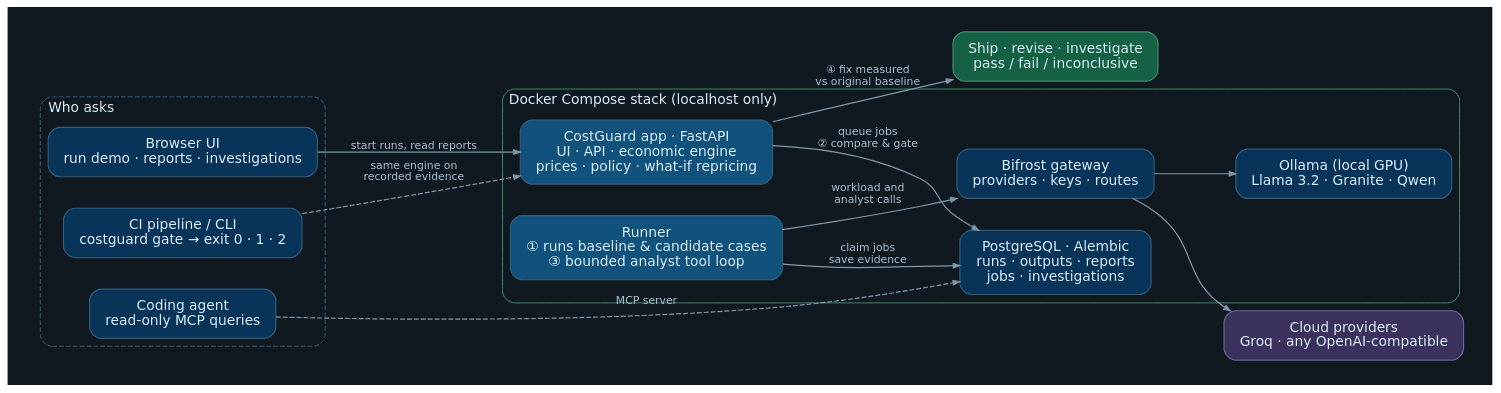
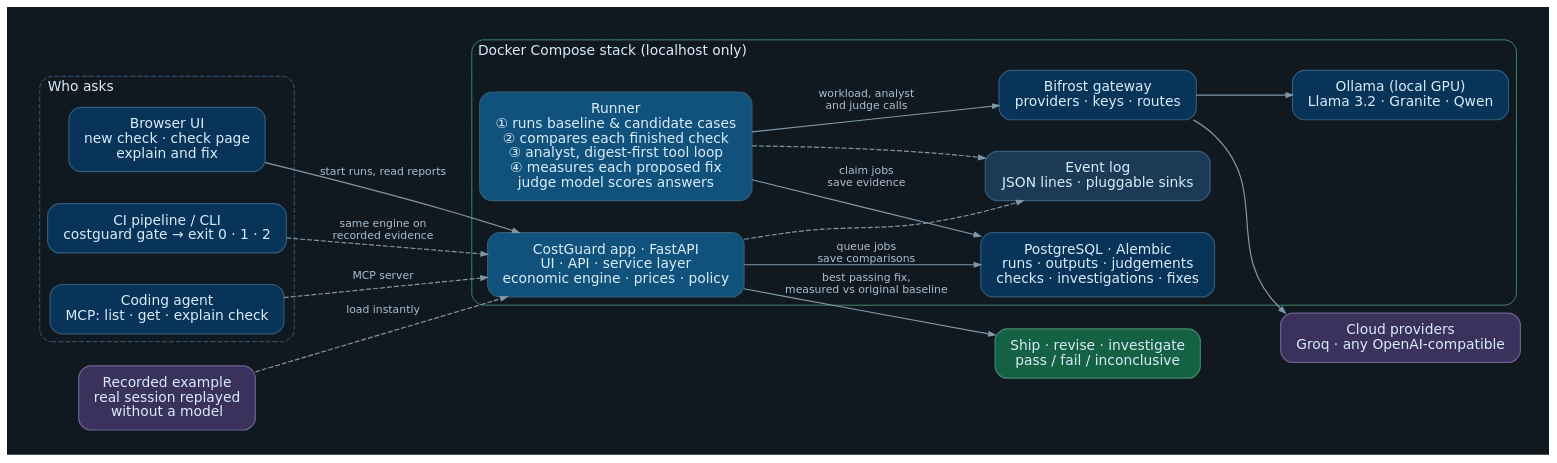
Before and after one commit to lazinWolf/CostGuard: the diagram in docs/costguard-architecture.dot, drawn with Graphviz. The commit also changed 9 other files, not shown here.

First line of the commit message:
Expose checks over MCP and rewrite the docs for the new flow

```diff
--- a/docs/costguard-architecture.dot
+++ b/docs/costguard-architecture.dot
@@ -1,67 +1,72 @@
 // What the repository implements today. The intended long-term workflow is costguard-workflow.dot.
 // Render: dot -Tsvg docs/costguard-architecture.dot -o docs/costguard-architecture.svg
 digraph CostGuardArchitecture {
   graph [
     rankdir=LR,
     bgcolor="#101820",
     pad="0.35",
     nodesep="0.45",
     ranksep="0.9",
     fontname="DejaVu Sans",
     fontcolor="#DAECFA",
     fontsize=14,
     labeljust=l
   ];
   node [
     shape=box,
     style="rounded,filled",
     color="#335B7A",
     fillcolor="#073458",
     fontcolor="#DAECFA",
     fontname="DejaVu Sans",
     fontsize=14,
     margin="0.22,0.14",
     penwidth=1.2
   ];
   edge [
     color="#7E98AA",
     fontcolor="#A9C1D3",
     fontname="DejaVu Sans",
     fontsize=11,
     arrowsize=0.65,
     penwidth=1.2
   ];
 
   subgraph cluster_people {
     label="Who asks";
     style="rounded,dashed";
     color="#335B7A";
-    browser [label="Browser UI\nrun demo · reports · investigations"];
+    browser [label="Browser UI\nnew check · check page\nexplain and fix"];
     ci [label="CI pipeline / CLI\ncostguard gate → exit 0 · 1 · 2"];
-    agent [label="Coding agent\nread-only MCP queries"];
+    agent [label="Coding agent\nMCP: list · get · explain check"];
   }
 
   subgraph cluster_stack {
     label="Docker Compose stack (localhost only)";
     style="rounded";
     color="#43886B";
-    app [label="CostGuard app · FastAPI\nUI · API · economic engine\nprices · policy · what-if repricing", fillcolor="#10527B"];
-    runner [label="Runner\n① runs baseline & candidate cases\n③ bounded analyst tool loop", fillcolor="#10527B"];
-    db [label="PostgreSQL · Alembic\nruns · outputs · reports\njobs · investigations"];
+    app [label="CostGuard app · FastAPI\nUI · API · service layer\neconomic engine · prices · policy", fillcolor="#10527B"];
+    runner [label="Runner\n① runs baseline & candidate cases\n② compares each finished check\n③ analyst, digest-first tool loop\n④ measures each proposed fix\njudge model scores answers", fillcolor="#10527B"];
+    db [label="PostgreSQL · Alembic\nruns · outputs · judgements\nchecks · investigations · fixes"];
+    events [label="Event log\nJSON lines · pluggable sinks", fillcolor="#1B3A55"];
     bifrost [label="Bifrost gateway\nproviders · keys · routes"];
     ollama [label="Ollama (local GPU)\nLlama 3.2 · Granite · Qwen"];
   }
 
+  recorded [label="Recorded example\nreal session replayed\nwithout a model", fillcolor="#3A315D", color="#6C6291"];
   cloud [label="Cloud providers\nGroq · any OpenAI-compatible", fillcolor="#3A315D", color="#6C6291"];
   decision [label="Ship · revise · investigate\npass / fail / inconclusive", fillcolor="#146144", color="#43886B"];
 
   browser -> app [label="start runs, read reports"];
   ci -> app [label="same engine on\nrecorded evidence", style=dashed];
-  agent -> db [label="MCP server", style=dashed];
-  app -> db [label="queue jobs\n② compare & gate"];
+  agent -> app [label="MCP server", style=dashed];
+  recorded -> app [label="load instantly", style=dashed];
+  runner -> events [style=dashed];
+  app -> events [style=dashed];
+  app -> db [label="queue jobs\nsave comparisons"];
   runner -> db [label="claim jobs\nsave evidence"];
-  runner -> bifrost [label="workload and\nanalyst calls"];
+  runner -> bifrost [label="workload, analyst\nand judge calls"];
   bifrost -> ollama;
   bifrost -> cloud;
-  app -> decision [label="④ fix measured\nvs original baseline"];
+  app -> decision [label="best passing fix,\nmeasured vs original baseline"];
 }
```
